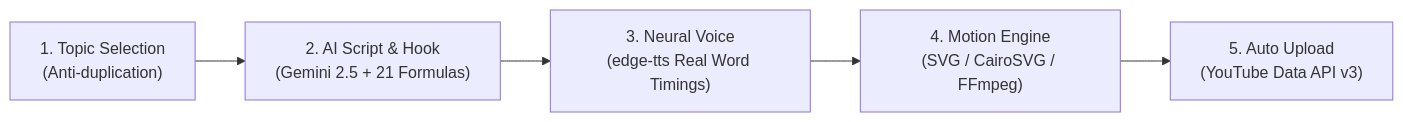
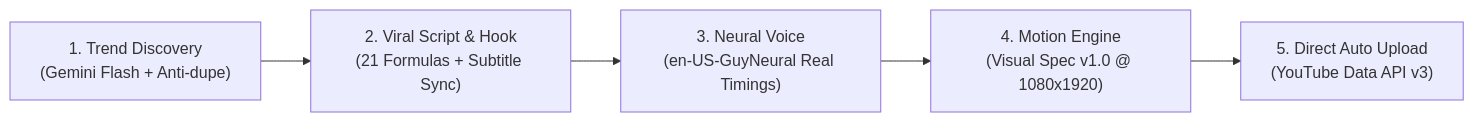
One commit to YayBwal2/Youtuberunner changed the diagram in README.md. Above: the diagram before and after it, drawn with Mermaid. The commit also changed other lines of this file and 20 other files, not shown here.

````diff
--- a/README.md
+++ b/README.md
@@ -9,7 +9,7 @@
 ```mermaid
 graph LR
-    Trends["1. Topic Selection<br/>(Anti-duplication)"] --> Script["2. AI Script & Hook<br/>(Gemini 2.5 + 21 Formulas)"]
-    Script --> Voice["3. Neural Voice<br/>(edge-tts Real Word Timings)"]
-    Voice --> Motion["4. Motion Engine<br/>(SVG / CairoSVG / FFmpeg)"]
-    Motion --> Upload["5. Auto Upload<br/>(YouTube Data API v3)"]
+    Trends["1. Trend Discovery<br/>(Gemini Flash + Anti-dupe)"] --> Script["2. Viral Script & Hook<br/>(21 Formulas + Subtitle Sync)"]
+    Script --> Voice["3. Neural Voice<br/>(en-US-GuyNeural Real Timings)"]
+    Voice --> Motion["4. Motion Engine<br/>(Visual Spec v1.0 @ 1080x1920)"]
+    Motion --> Upload["5. Direct Auto Upload<br/>(YouTube Data API v3)"]
 ```
````
